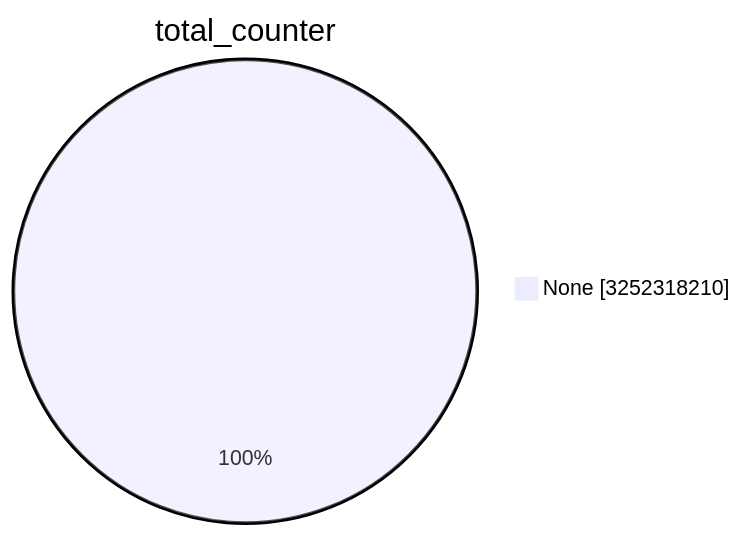
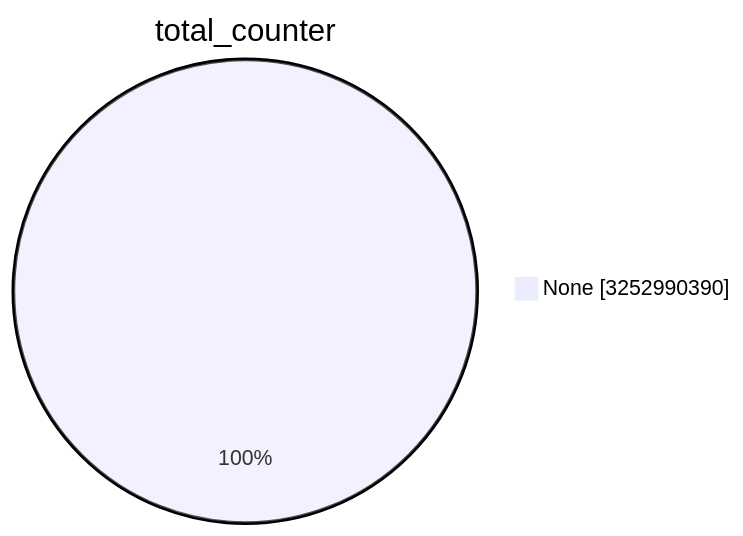
The first of 15 diagrams in TOTAL/README.md (christiankrug/ctmonitor_visualization), drawn with Mermaid before and after one commit. The commit also changed other lines of this file, not shown here.

````diff
--- a/TOTAL/README.md
+++ b/TOTAL/README.md
@@ -1,5 +1,5 @@
 ```mermaid
 pie showData
 title total_counter
-"None" :3252318210
+"None" :3252990390
 ```
````
